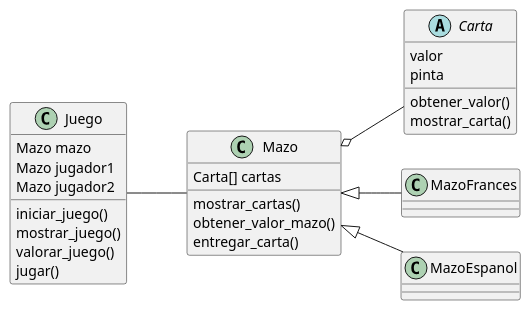
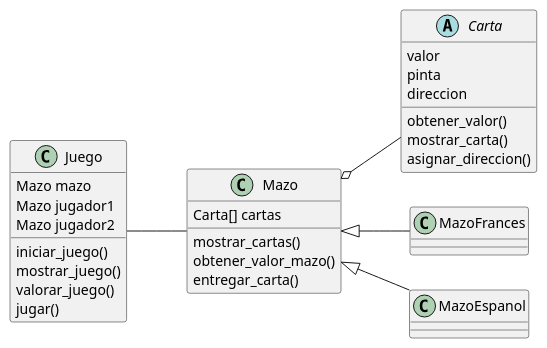
One commit to judlozanol/practica_git_uml changed the diagram in diagramas/clases.plantuml. Above: the diagram before and after it, drawn with PlantUML.

Commit message:
corrección diagramas

```diff
--- a/diagramas/clases.plantuml
+++ b/diagramas/clases.plantuml
@@ -1,28 +1,30 @@
 @startuml
 left to right direction
 
 abstract Carta
 Mazo <|-- MazoFrances
 Mazo <|-- MazoEspanol
 Mazo o-- Carta
 Juego -- Mazo
 
 Juego : iniciar_juego()
 Juego : mostrar_juego()
 Juego : valorar_juego()
 Juego : jugar()
 Juego : Mazo mazo
 Juego : Mazo jugador1
 Juego : Mazo jugador2
 
 Carta : valor
 Carta : pinta
+Carta : direccion
 Carta : obtener_valor()
 Carta : mostrar_carta()
+Carta : asignar_direccion()
 
 Mazo : Carta[] cartas
 Mazo : mostrar_cartas()
 Mazo : obtener_valor_mazo()
 Mazo : entregar_carta()
 
 @enduml
```
